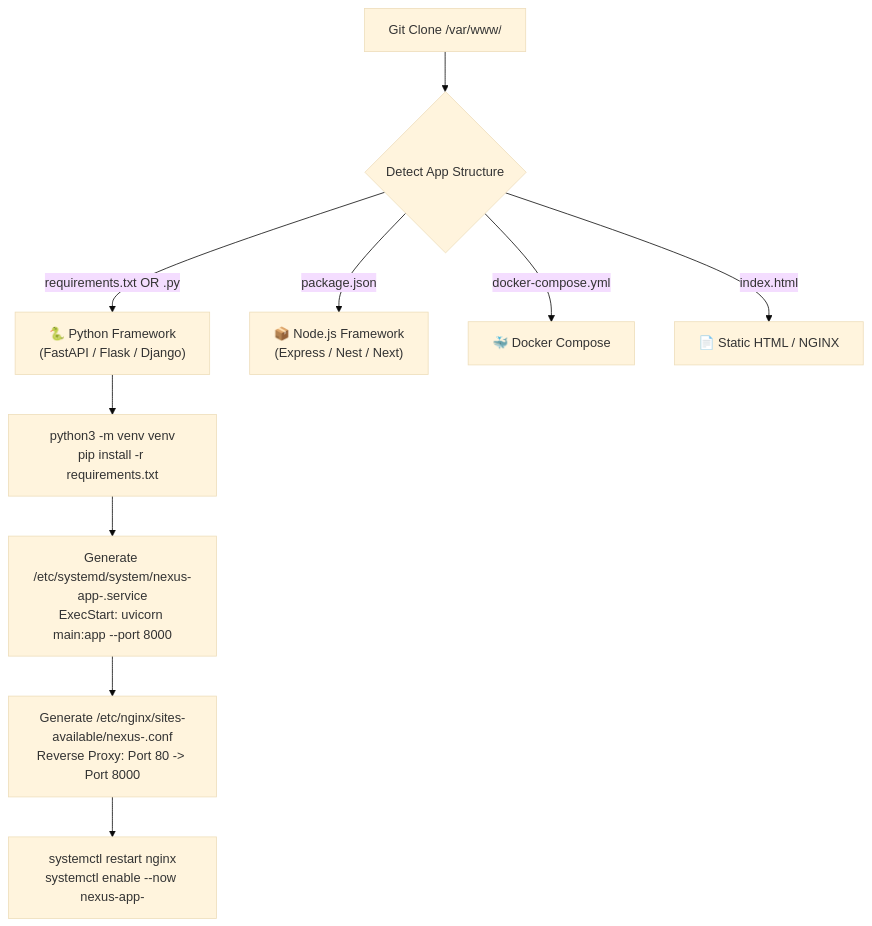
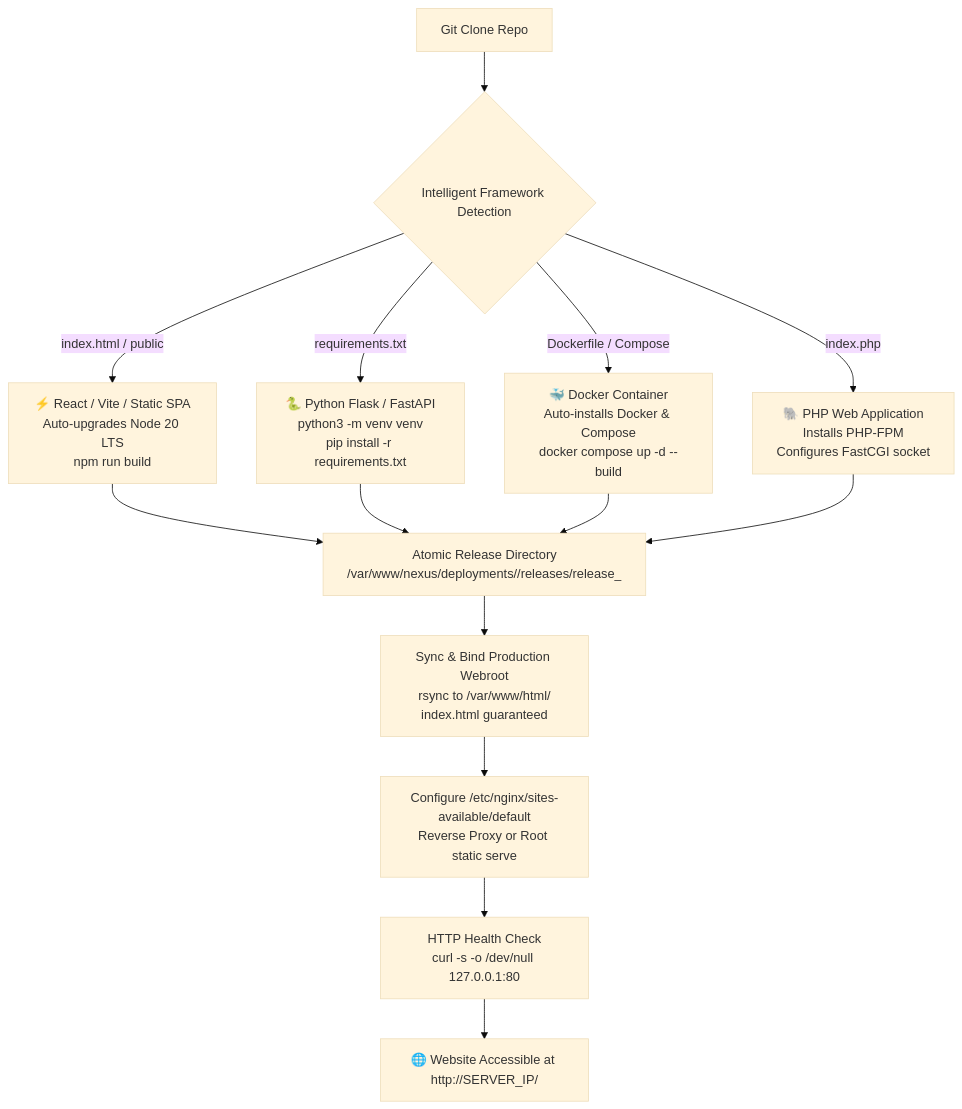
One commit to Rafaaa4/NEXUS_AI_SERVER changed the third of 3 diagrams in README.md. Above: the diagram before and after it, drawn with Mermaid (base theme). The commit also changed other lines of this file, not shown here.

Commit message:
docs: comprehensive project walkthrough, microservices architecture, and 24/7 agent daemon setup guide

````diff
--- a/README.md
+++ b/README.md
@@ -297,14 +265,19 @@
 ```mermaid
 flowchart TD
-    GitClone["Git Clone /var/www/<appName>"] --> Detect{"Detect App Structure"}
+    GitRepo["Git Clone Repo"] --> FrameworkDetect{"Intelligent Framework Detection"}
 
-    Detect -->|requirements.txt OR .py| Python["🐍 Python Framework<br/>(FastAPI / Flask / Django)"]
-    Detect -->|package.json| Node["📦 Node.js Framework<br/>(Express / Nest / Next)"]
-    Detect -->|docker-compose.yml| Compose["🐳 Docker Compose"]
-    Detect -->|index.html| Static["📄 Static HTML / NGINX"]
+    FrameworkDetect -->|index.html / public| SPA["⚡ React / Vite / Static SPA<br/>Auto-upgrades Node 20 LTS<br/>npm run build"]
+    FrameworkDetect -->|requirements.txt| Python["🐍 Python Flask / FastAPI<br/>python3 -m venv venv<br/>pip install -r requirements.txt"]
+    FrameworkDetect -->|Dockerfile / Compose| DockerApp["🐳 Docker Container<br/>Auto-installs Docker & Compose<br/>docker compose up -d --build"]
+    FrameworkDetect -->|index.php| PHP["🐘 PHP Web Application<br/>Installs PHP-FPM<br/>Configures FastCGI socket"]
 
-    Python --> Venv["python3 -m venv venv<br/>pip install -r requirements.txt"]
-    Venv --> Service["Generate /etc/systemd/system/nexus-app-<name>.service<br/>ExecStart: uvicorn main:app --port 8000"]
-    Service --> Proxy["Generate /etc/nginx/sites-available/nexus-<name>.conf<br/>Reverse Proxy: Port 80 -> Port 8000"]
-    Proxy --> Reload["systemctl restart nginx<br/>systemctl enable --now nexus-app-<name>"]
+    SPA --> ReleaseDir["Atomic Release Directory<br/>/var/www/nexus/deployments/<app>/releases/release_<timestamp>"]
+    Python --> ReleaseDir
+    DockerApp --> ReleaseDir
+    PHP --> ReleaseDir
+
+    ReleaseDir --> SyncWebroot["Sync & Bind Production Webroot<br/>rsync to /var/www/html/<br/>index.html guaranteed"]
+    SyncWebroot --> NginxConfig["Configure /etc/nginx/sites-available/default<br/>Reverse Proxy or Root static serve"]
+    NginxConfig --> HealthCheck["HTTP Health Check<br/>curl -s -o /dev/null 127.0.0.1:80"]
+    HealthCheck --> Live["🌐 Website Accessible at http://SERVER_IP/"]
 ```
````
